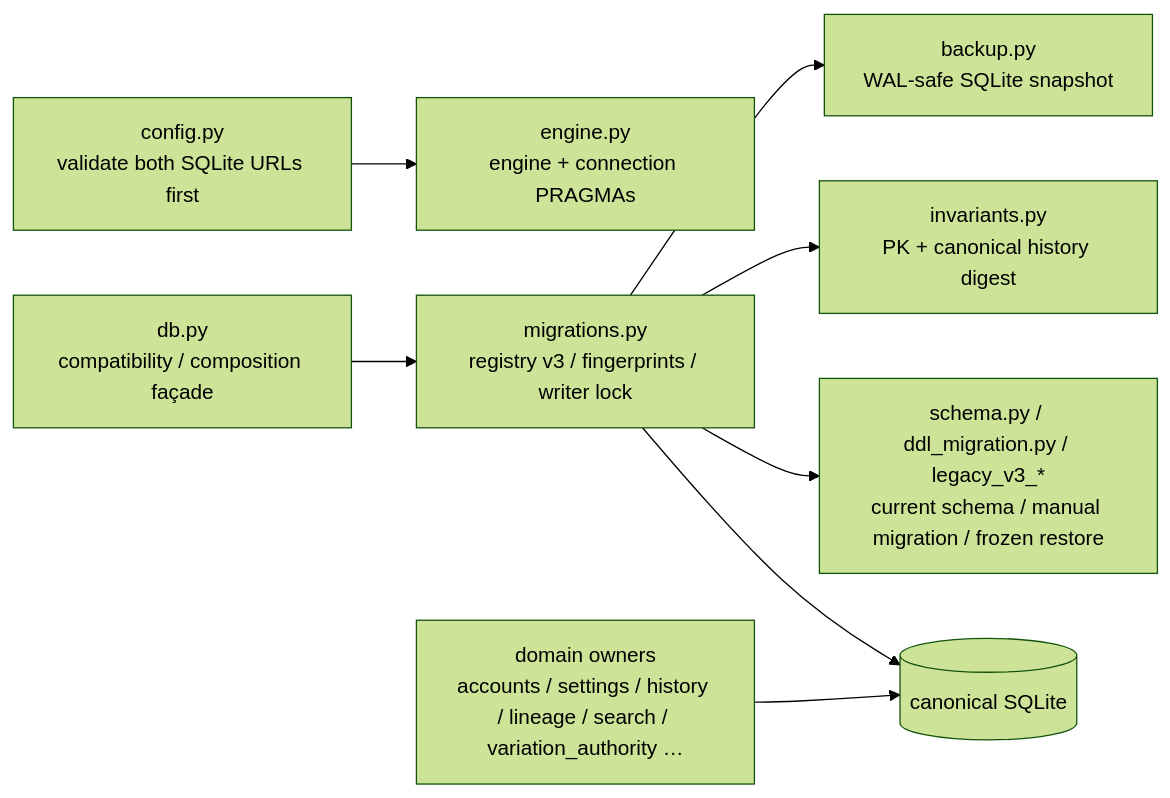
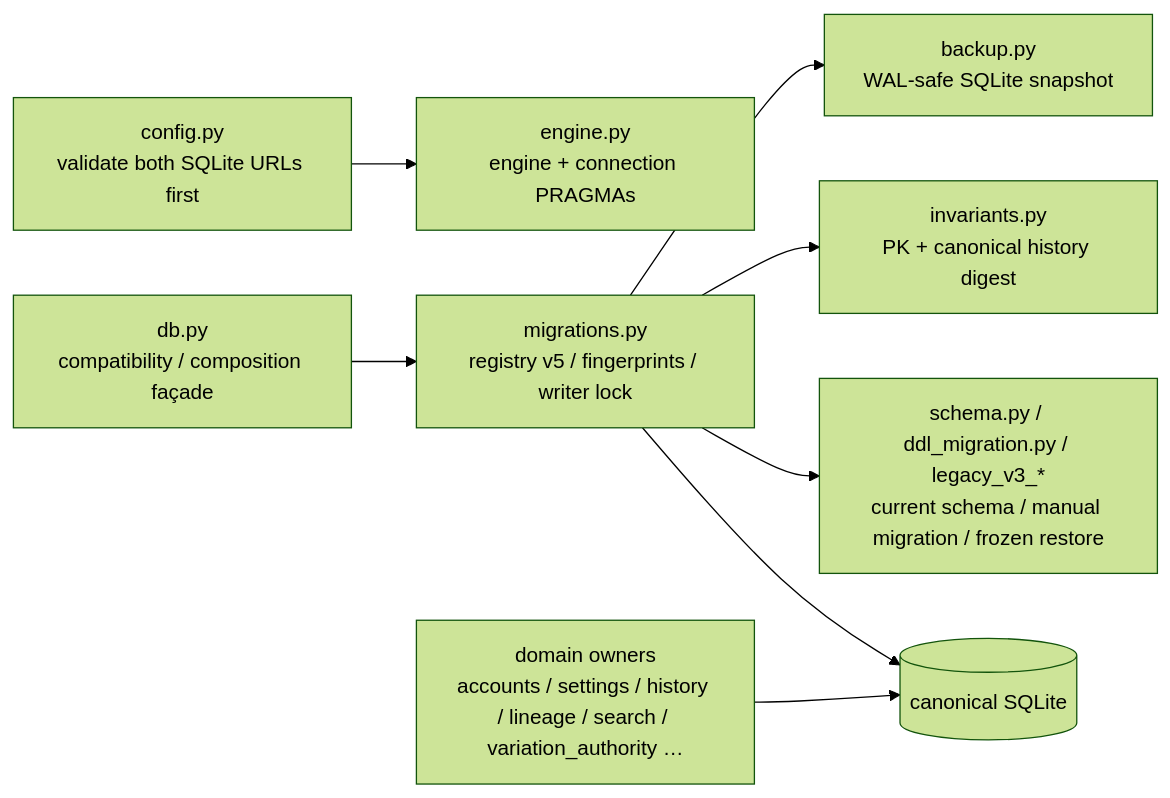
One commit to oikawas/inku-lang changed the third of 5 diagrams in docs/architecture/data-history-lineage.md. Above: the diagram before and after it, drawn with Mermaid (forest theme). The commit also changed other lines of this file and 27 other files, not shown here.

First line of the commit message:
Bring the architecture documents up to the current core

````diff
--- a/docs/architecture/data-history-lineage.md
+++ b/docs/architecture/data-history-lineage.md
@@ -100,20 +100,20 @@
 ```mermaid
 flowchart LR
     CONFIG["config.py\nvalidate both SQLite URLs first"]
     ENGINE["engine.py\nengine + connection PRAGMAs"]
     FACADE["db.py\ncompatibility / composition façade"]
-    MIGRATION["migrations.py\nregistry v3 / fingerprints / writer lock"]
+    MIGRATION["migrations.py\nregistry v5 / fingerprints / writer lock"]
     SNAPSHOT["backup.py\nWAL-safe SQLite snapshot"]
     INVARIANTS["invariants.py\nPK + canonical history digest"]
     SCHEMA["schema.py / ddl_migration.py / legacy_v3_*\ncurrent schema / manual migration / frozen restore"]
     DOMAIN["domain owners\naccounts / settings / history / lineage / search / variation_authority …"]
     DB[("canonical SQLite")]
 
     CONFIG --> ENGINE
     FACADE --> MIGRATION
     MIGRATION --> SNAPSHOT
     MIGRATION --> INVARIANTS
     MIGRATION --> SCHEMA
     MIGRATION --> DB
     DOMAIN --> DB
 ```
````
